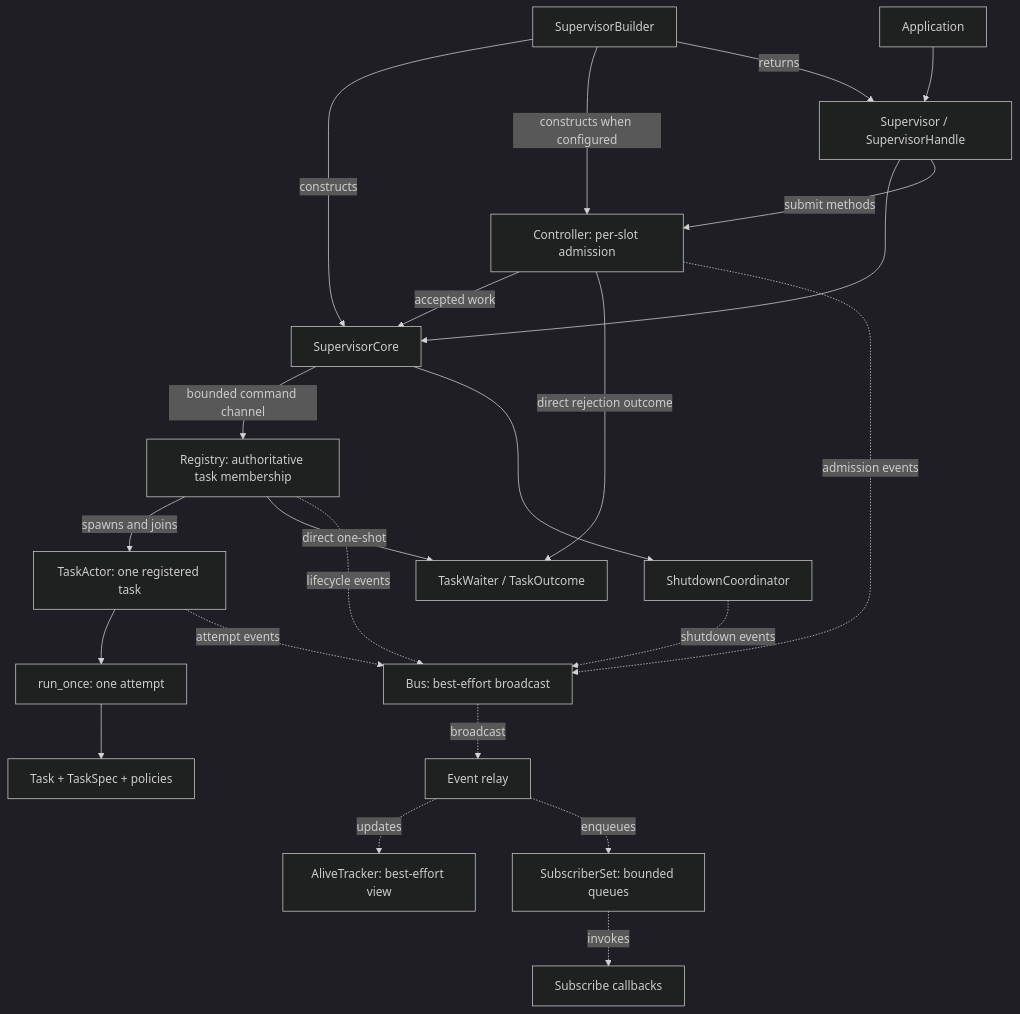
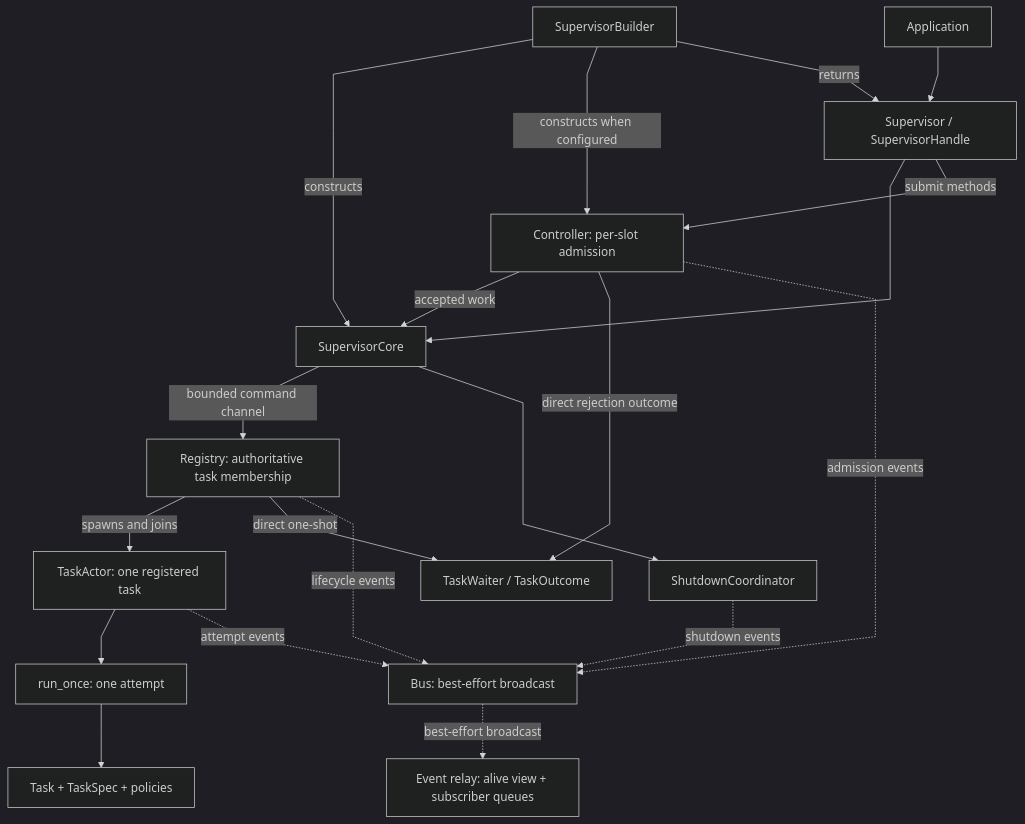
One commit to soltiHQ/taskvisor changed the first of 7 diagrams in src/ARCHITECTURE.md. Above: the diagram before and after it, drawn with Mermaid (dark theme). The commit also changed other lines of this file, not shown here.

````diff
--- a/src/ARCHITECTURE.md
+++ b/src/ARCHITECTURE.md
@@ -27,43 +31,38 @@
 ```mermaid
+%%{init: {"flowchart": {"curve": "linear"}}}%%
 flowchart TB
     App["Application"]
     Builder["SupervisorBuilder"]
     Supervisor["Supervisor / SupervisorHandle"]
     Core["SupervisorCore"]
     Controller["Controller: per-slot admission"]
     Registry["Registry: authoritative task membership"]
     Actor["TaskActor: one registered task"]
     Runner["run_once: one attempt"]
     Task["Task + TaskSpec + policies"]
     Bus["Bus: best-effort broadcast"]
-    Relay["Event relay"]
-    Alive["AliveTracker: best-effort view"]
-    Subscribers["SubscriberSet: bounded queues"]
-    Callbacks["Subscribe callbacks"]
+    Observability["Event relay: alive view + subscriber queues"]
     Waiter["TaskWaiter / TaskOutcome"]
     Shutdown["ShutdownCoordinator"]
 
     Builder -->|constructs| Core
     Builder -->|constructs when configured| Controller
     Builder -->|returns| Supervisor
     App --> Supervisor
     Supervisor --> Core
     Supervisor -->|submit methods| Controller
     Controller -->|accepted work| Core
     Core -->|bounded command channel| Registry
     Registry -->|spawns and joins| Actor
     Actor --> Runner
     Runner --> Task
     Registry -->|direct one-shot| Waiter
     Controller -->|direct rejection outcome| Waiter
+    Core --> Shutdown
 
-    Core --> Shutdown
     Registry -. lifecycle events .-> Bus
     Actor -. attempt events .-> Bus
     Controller -. admission events .-> Bus
     Shutdown -. shutdown events .-> Bus
-    Bus -. broadcast .-> Relay
-    Relay -. updates .-> Alive
-    Relay -. enqueues .-> Subscribers
-    Subscribers -. invokes .-> Callbacks
+    Bus -. best-effort broadcast .-> Observability
 ```
````
